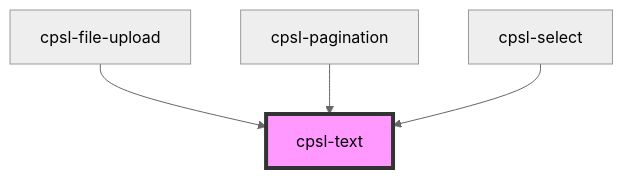
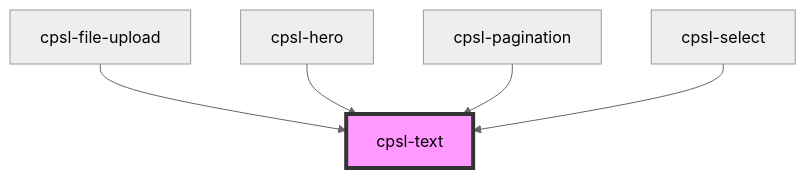
One commit to getpara/examples-hub changed the diagram in packages/core-components/src/components/cpsl-text/readme.md. Above: the diagram before and after it, drawn with Mermaid (neutral theme). The commit also changed other lines of this file and 23 other files, not shown here.

````diff
--- a/packages/core-components/src/components/cpsl-text/readme.md
+++ b/packages/core-components/src/components/cpsl-text/readme.md
@@ -24,7 +25,8 @@
 ```mermaid
 graph TD;
   cpsl-file-upload --> cpsl-text
+  cpsl-hero --> cpsl-text
   cpsl-pagination --> cpsl-text
   cpsl-select --> cpsl-text
   style cpsl-text fill:#f9f,stroke:#333,stroke-width:4px
 ```
````
